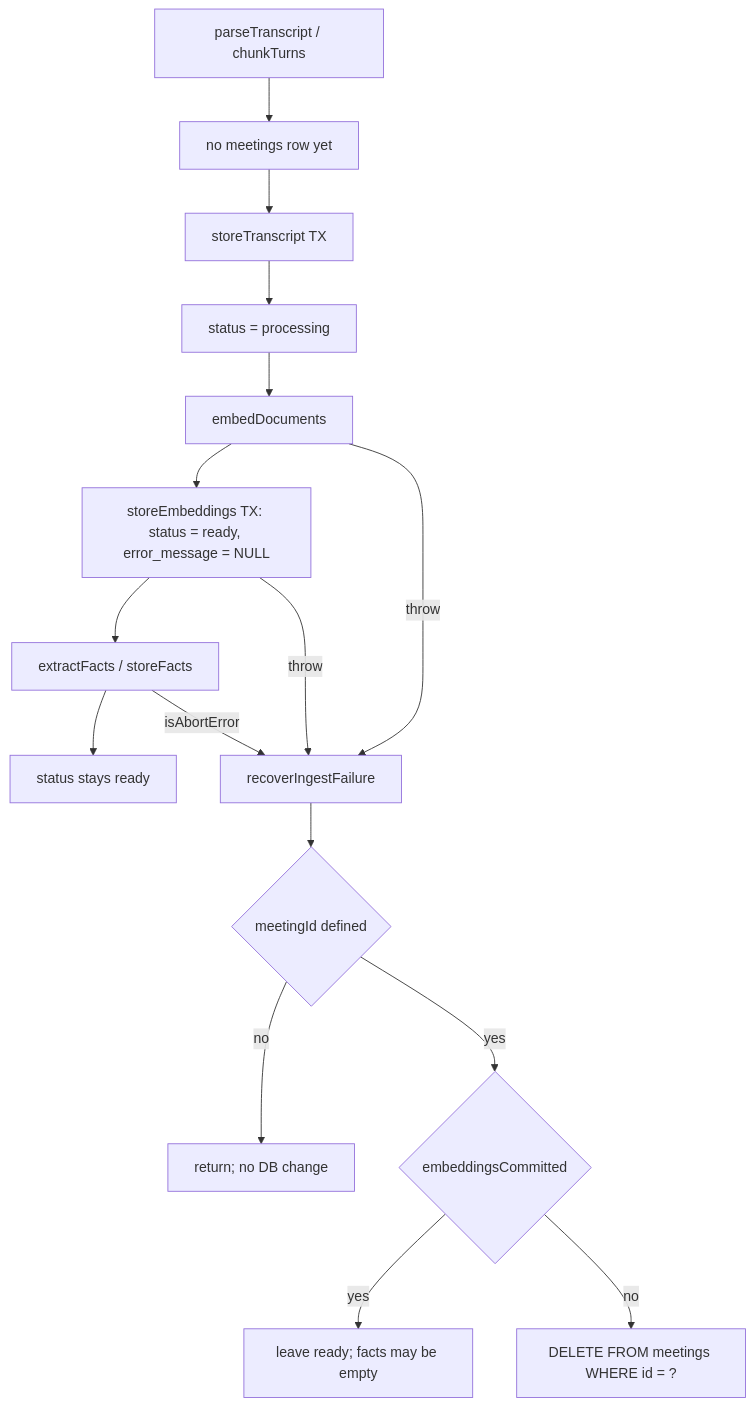
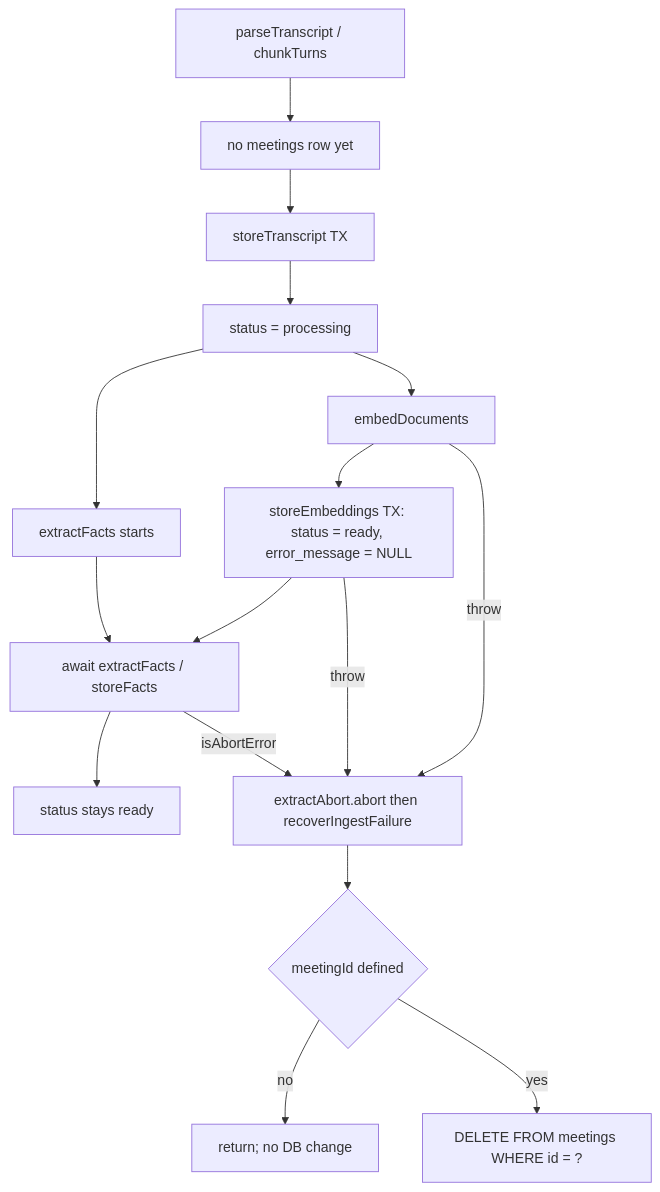
Before and after one commit to adamrefaey/meeting-intelligence: the seventh of 7 diagrams in docs/flows/ingestion.md, drawn with Mermaid. The commit also changed other lines of this file and 4 other files, not shown here.

````diff
--- a/docs/flows/ingestion.md
+++ b/docs/flows/ingestion.md
@@ -362,27 +357,27 @@
 ```mermaid
 flowchart TD
   parse["parseTranscript / chunkTurns"]
   noRow["no meetings row yet"]
   store["storeTranscript TX"]
   processing["status = processing"]
   embed["embedDocuments"]
+  extract["extractFacts starts"]
   readyTx["storeEmbeddings TX: status = ready, error_message = NULL"]
-  facts["extractFacts / storeFacts"]
+  facts["await extractFacts / storeFacts"]
   readyStay["status stays ready"]
-  outerCatch["recoverIngestFailure"]
+  outerCatch["extractAbort.abort then recoverIngestFailure"]
   hasId{"meetingId defined"}
-  committed{"embeddingsCommitted"}
   del["DELETE FROM meetings WHERE id = ?"]
-  keep["leave ready; facts may be empty"]
 
-  parse --> noRow --> store --> processing --> embed
+  parse --> noRow --> store --> processing
+  processing --> embed
+  processing --> extract
   embed --> readyTx --> facts --> readyStay
+  extract --> facts
   embed -->|throw| outerCatch
   readyTx -->|throw| outerCatch
   facts -->|isAbortError| outerCatch
   outerCatch --> hasId
   hasId -->|no| leave["return; no DB change"]
-  hasId -->|yes| committed
-  committed -->|yes| keep
-  committed -->|no| del
+  hasId -->|yes| del
 ```
````
